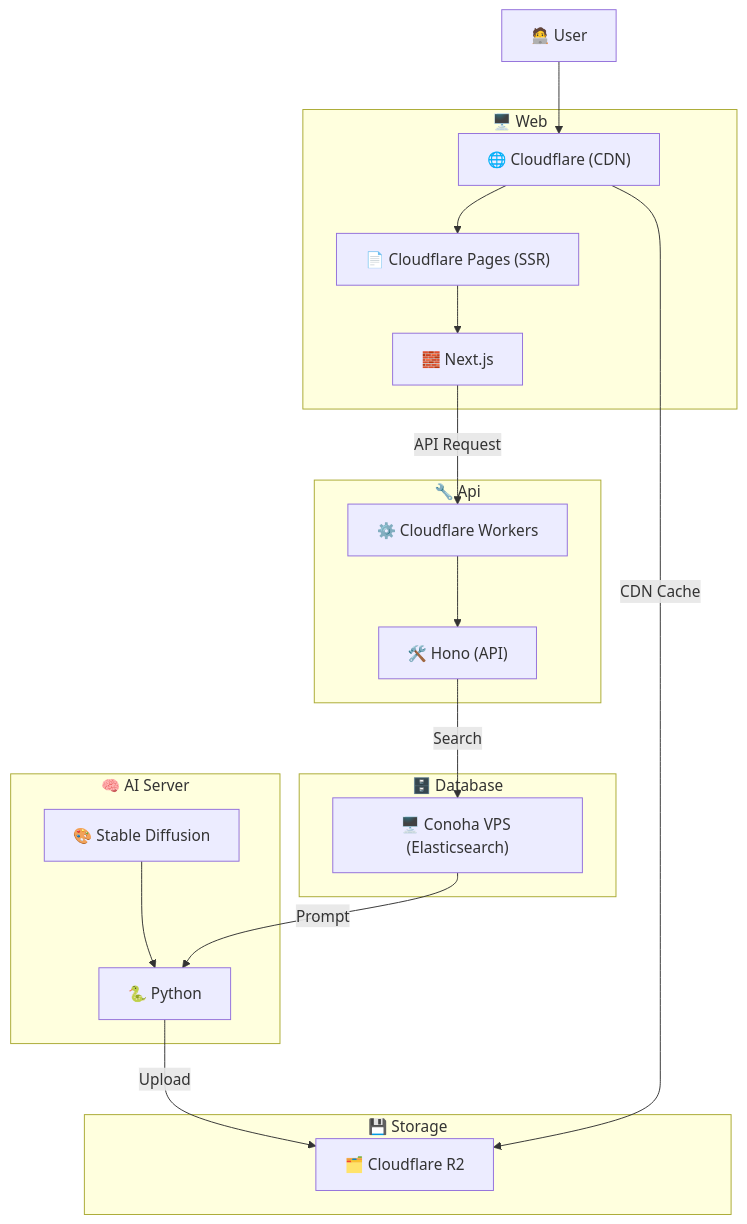
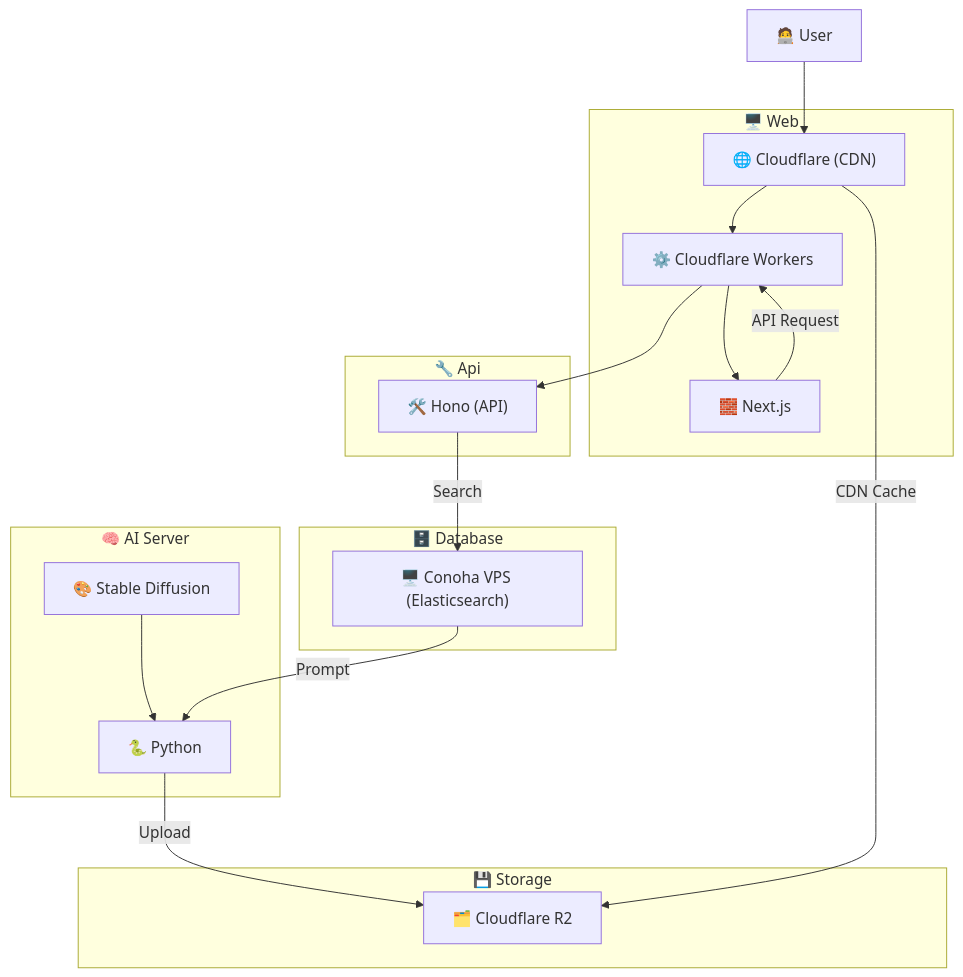
The diagram in README.md (LAHYL/concept), drawn with Mermaid before and after one commit. The commit also changed other lines of this file, not shown here.

Commit message:
Cloudflare PagesだとSSRが厳しいのでCloudflare Workersにする

````diff
--- a/README.md
+++ b/README.md
@@ -24,49 +24,49 @@
 ```mermaid
 graph TD
 
   %% ==== User ====
   User["🧑‍💻 User"]
   User --> CF
 
   %% ==== Frontend ====
   subgraph "🖥️ Web"
     CF["🌐 Cloudflare (CDN)"]
-    Pages["📄 Cloudflare Pages (SSR)"]
+    Workers["📄 Cloudflare Workers (SSR)"]
     Framework["🧱 Next.js"]
-    CF --> Pages
-    Pages --> Framework
+    CF --> Workers
+    Workers --> Framework
   end
 
   %% ==== Backend ====
   subgraph "🔧 Api"
     Workers["⚙️ Cloudflare Workers"]
     Hono["🛠️ Hono (API)"]
     Framework -->|API Request| Workers
     Workers --> Hono
   end
 
   %% ==== DB ====
   subgraph "🗄️ Database"
     ESNode["🖥️ Conoha VPS (Elasticsearch)"]
   end
 
   Hono -->|"Search"| ESNode
 
   %% ==== Storage ====
   subgraph "💾 Storage"
     R2["🗂️ Cloudflare R2"]
   end
 
   %% ==== AI ====
   subgraph "🧠 AI Server"
     SD["🎨 Stable Diffusion"]
     Python["🐍 Python"]
     SD --> Python
   end
 
   ESNode -->|Prompt| Python
   Python -->|Upload| R2
 
   %% CDN - R2 Cache
   CF -->|CDN Cache| R2
 ```
````
